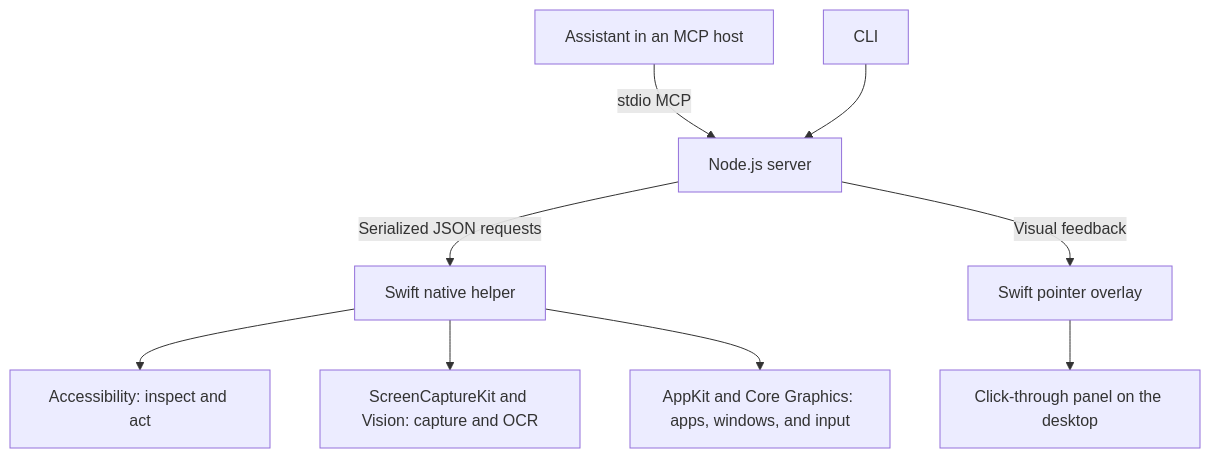
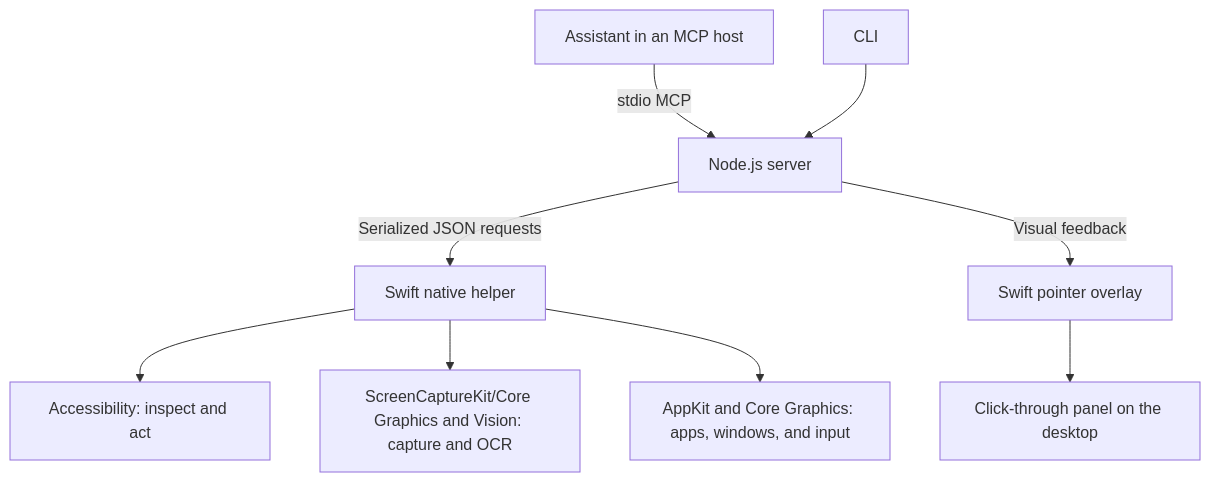
The diagram in README.md (fazakis/chatuse), drawn with Mermaid before and after one commit. The commit also changed other lines of this file and 8 other files, not shown here.

````diff
--- a/README.md
+++ b/README.md
@@ -118,11 +118,11 @@
 ```mermaid
 flowchart TD
     A[Assistant in an MCP host] -->|stdio MCP| B[Node.js server]
     C[CLI] --> B
     B -->|Serialized JSON requests| D[Swift native helper]
     B -->|Visual feedback| E[Swift pointer overlay]
     D --> F[Accessibility: inspect and act]
-    D --> G[ScreenCaptureKit and Vision: capture and OCR]
+    D --> G[ScreenCaptureKit/Core Graphics and Vision: capture and OCR]
     D --> H[AppKit and Core Graphics: apps, windows, and input]
     E --> I[Click-through panel on the desktop]
 ```
````
